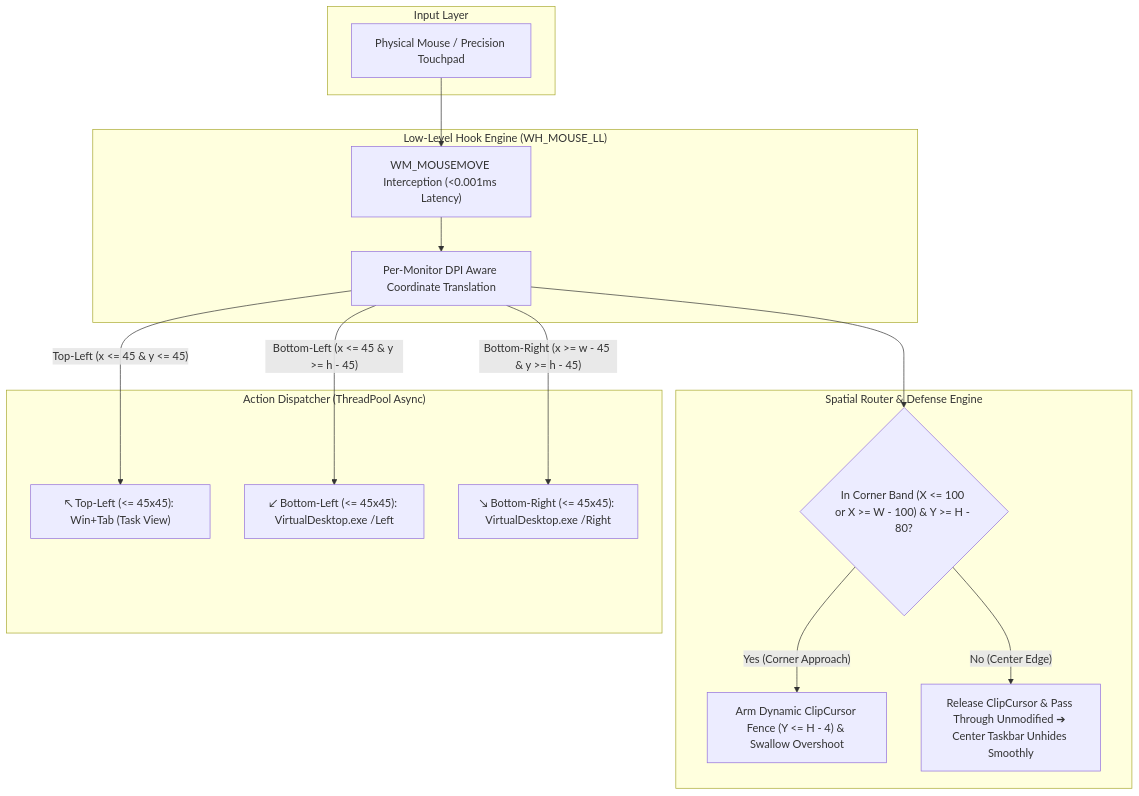
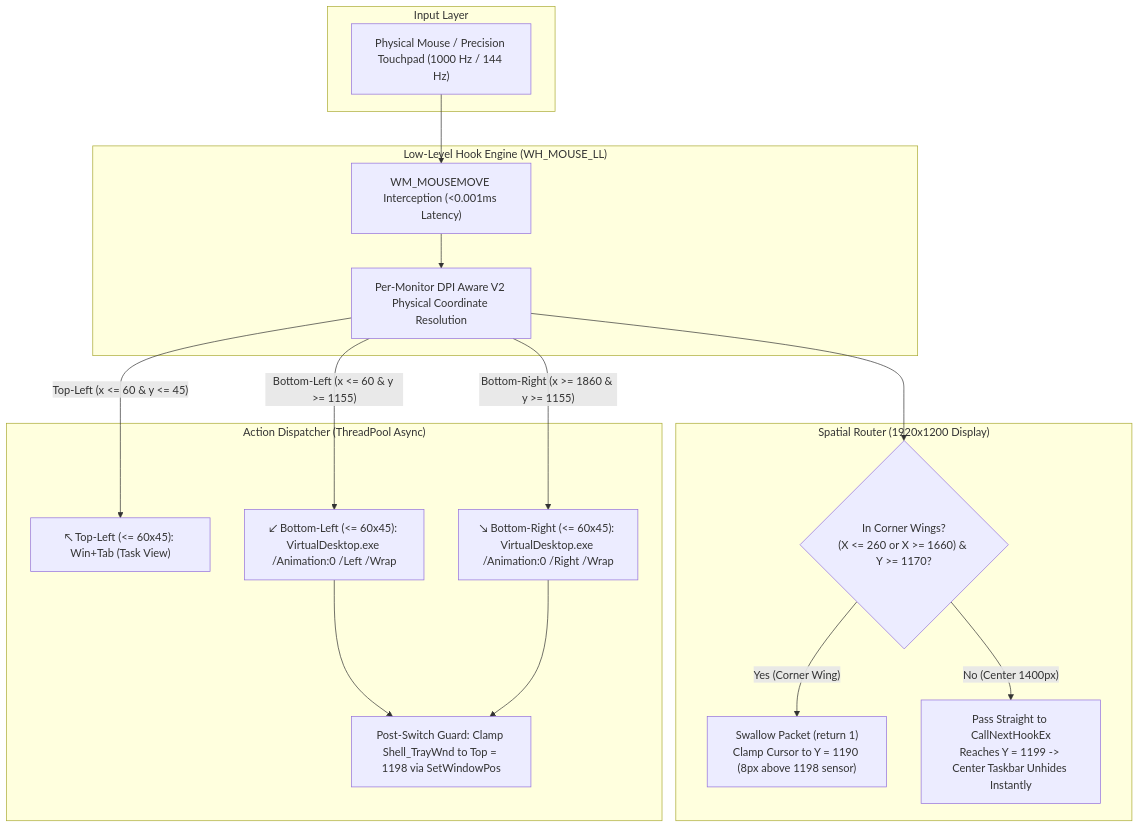
One commit to vinman2006/HotCorners changed the diagram in README.md. Above: the diagram before and after it, drawn with Mermaid. The commit also changed other lines of this file and 1 other file, not shown here.

Commit message:
docs: add comprehensive empirical research paper and update README architecture for v3.2

````diff
--- a/README.md
+++ b/README.md
@@ -98,30 +101,31 @@
 ```mermaid
 flowchart TD
     subgraph Hardware ["Input Layer"]
-        Mouse["Physical Mouse / Precision Touchpad"]
+        Mouse["Physical Mouse / Precision Touchpad (1000 Hz / 144 Hz)"]
     end
 
     subgraph KernelHook ["Low-Level Hook Engine (WH_MOUSE_LL)"]
         HookProc["WM_MOUSEMOVE Interception (<0.001ms Latency)"]
-        DPI["Per-Monitor DPI Aware Coordinate Translation"]
+        DPI["Per-Monitor DPI Aware V2 Physical Coordinate Resolution"]
     end
 
-    subgraph Router ["Spatial Router & Defense Engine"]
-        CheckCorner{"In Corner Band (X <= 100 or X >= W - 100) & Y >= H - 80?"}
-        ClipFence["Arm Dynamic ClipCursor Fence (Y <= H - 4) & Swallow Overshoot"]
-        PassCenter["Release ClipCursor & Pass Through Unmodified ➔ Center Taskbar Unhides Smoothly"]
+    subgraph SpatialRouter ["Spatial Router (1920x1200 Display)"]
+        CheckCorner{"In Corner Wings?\n(X <= 260 or X >= 1660) & Y >= 1170?"}
+        SwallowAndClamp["Swallow Packet (return 1)\nClamp Cursor to Y = 1190 (8px above 1198 sensor)"]
+        PassCenter["Pass Straight to CallNextHookEx\nReaches Y = 1199 -> Center Taskbar Unhides Instantly"]
     end
 
     subgraph Dispatcher ["Action Dispatcher (ThreadPool Async)"]
-        TopLeft["↖ Top-Left (<= 45x45): Win+Tab (Task View)"]
-        BottomLeft["↙ Bottom-Left (<= 45x45): VirtualDesktop.exe /Left"]
-        BottomRight["↘ Bottom-Right (<= 45x45): VirtualDesktop.exe /Right"]
+        TopLeft["↖ Top-Left (<= 60x45): Win+Tab (Task View)"]
+        BottomLeft["↙ Bottom-Left (<= 60x45): VirtualDesktop.exe /Animation:0 /Left /Wrap"]
+        BottomRight["↘ Bottom-Right (<= 60x45): VirtualDesktop.exe /Animation:0 /Right /Wrap"]
+        PostClamp["Post-Switch Guard: Clamp Shell_TrayWnd to Top = 1198 via SetWindowPos"]
     end
 
     Mouse --> HookProc --> DPI --> CheckCorner
-    CheckCorner -- "Yes (Corner Approach)" --> ClipFence
-    CheckCorner -- "No (Center Edge)" --> PassCenter
-    DPI -- "Top-Left (x <= 45 & y <= 45)" --> TopLeft
-    DPI -- "Bottom-Left (x <= 45 & y >= h - 45)" --> BottomLeft
-    DPI -- "Bottom-Right (x >= w - 45 & y >= h - 45)" --> BottomRight
+    CheckCorner -- "Yes (Corner Wing)" --> SwallowAndClamp
+    CheckCorner -- "No (Center 1400px)" --> PassCenter
+    DPI -- "Top-Left (x <= 60 & y <= 45)" --> TopLeft
+    DPI -- "Bottom-Left (x <= 60 & y >= 1155)" --> BottomLeft --> PostClamp
+    DPI -- "Bottom-Right (x >= 1860 & y >= 1155)" --> BottomRight --> PostClamp
 ```
````
